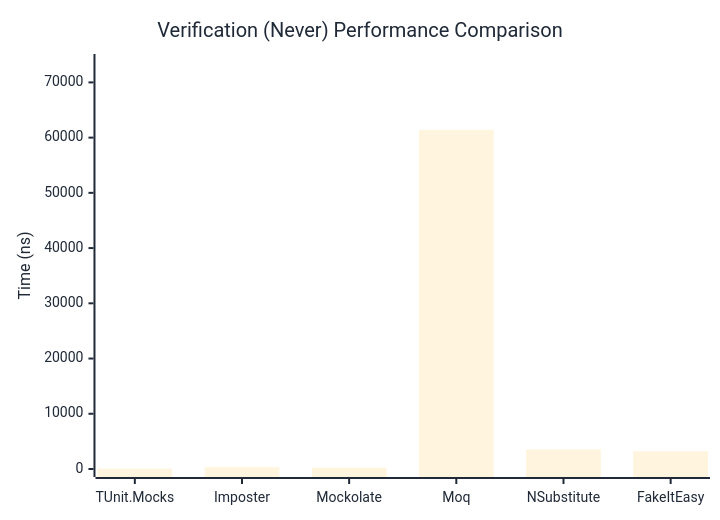
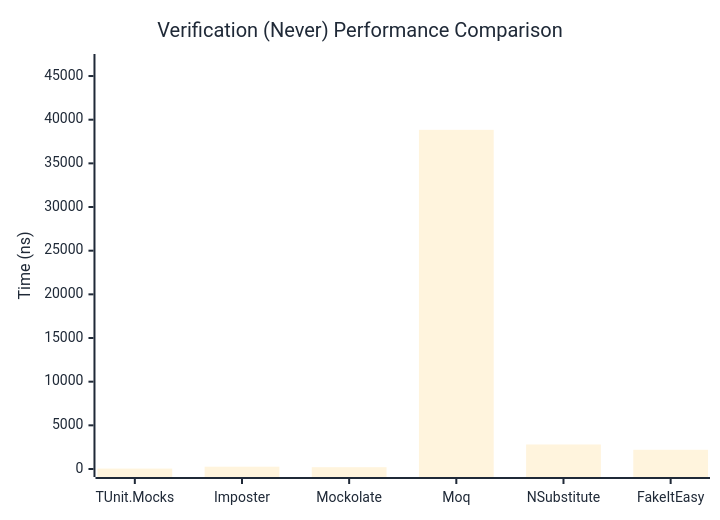
The second of 3 diagrams in docs/docs/benchmarks/mocks/Verification.md (thomhurst/TUnit), drawn with Mermaid before and after one commit. The commit also changed other lines of this file and 14 other files, not shown here.

````diff
--- a/docs/docs/benchmarks/mocks/Verification.md
+++ b/docs/docs/benchmarks/mocks/Verification.md
@@ -71,27 +71,27 @@
 ```mermaid
 %%{init: {
   'theme':'base',
   'themeVariables': {
     'primaryColor': '#2563eb',
     'primaryTextColor': '#1f2937',
     'primaryBorderColor': '#1e40af',
     'lineColor': '#6b7280',
     'secondaryColor': '#7c3aed',
     'tertiaryColor': '#dc2626',
     'background': '#ffffff',
     'pie1': '#2563eb',
     'pie2': '#7c3aed',
     'pie3': '#dc2626',
     'pie4': '#f59e0b',
     'pie5': '#10b981',
     'pie6': '#06b6d4',
     'pie7': '#ec4899',
     'pie8': '#6366f1'
   }
 }}%%
 xychart-beta
   title "Verification (Never) Performance Comparison"
   x-axis ["TUnit.Mocks", "Imposter", "Mockolate", "Moq", "NSubstitute", "FakeItEasy"]
-  y-axis "Time (ns)" 0 --> 73693
-  bar [60.26, 322.45, 239.36, 61410.23, 3543.25, 3198.46]
+  y-axis "Time (ns)" 0 --> 46607
+  bar [46.69, 264.01, 207.27, 38838.68, 2807.98, 2200.81]
 ```
````
